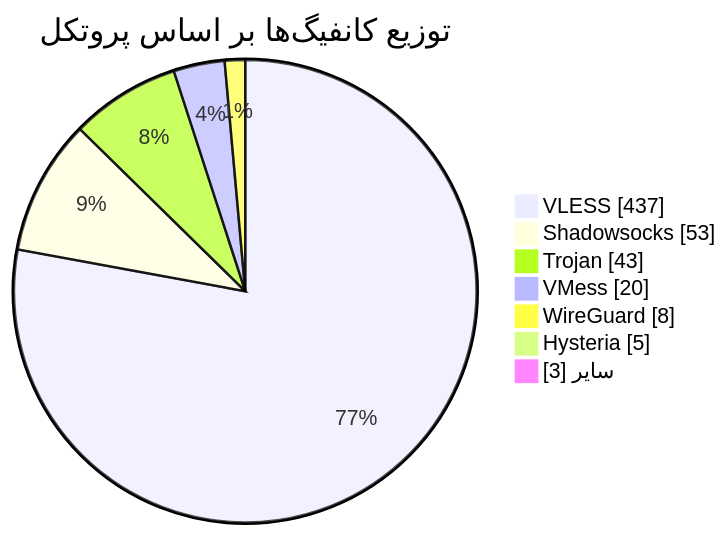
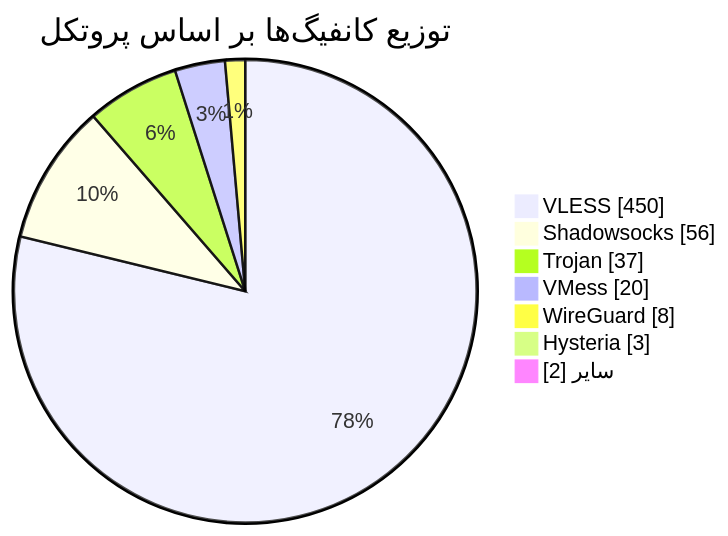
One commit to Arian-Alijani/Somthing changed the diagram in README.md. Above: the diagram before and after it, drawn with Mermaid. The commit also changed other lines of this file and 85 other files, not shown here.

````diff
--- a/README.md
+++ b/README.md
@@ -49,11 +49,11 @@
 ```mermaid
 pie showData
     title توزیع کانفیگ‌ها بر اساس پروتکل
-    "VLESS" : 437
-    "Shadowsocks" : 53
-    "Trojan" : 43
+    "VLESS" : 450
+    "Shadowsocks" : 56
+    "Trojan" : 37
     "VMess" : 20
     "WireGuard" : 8
-    "Hysteria" : 5
-    "سایر" : 3
+    "Hysteria" : 3
+    "سایر" : 2
 ```
````
